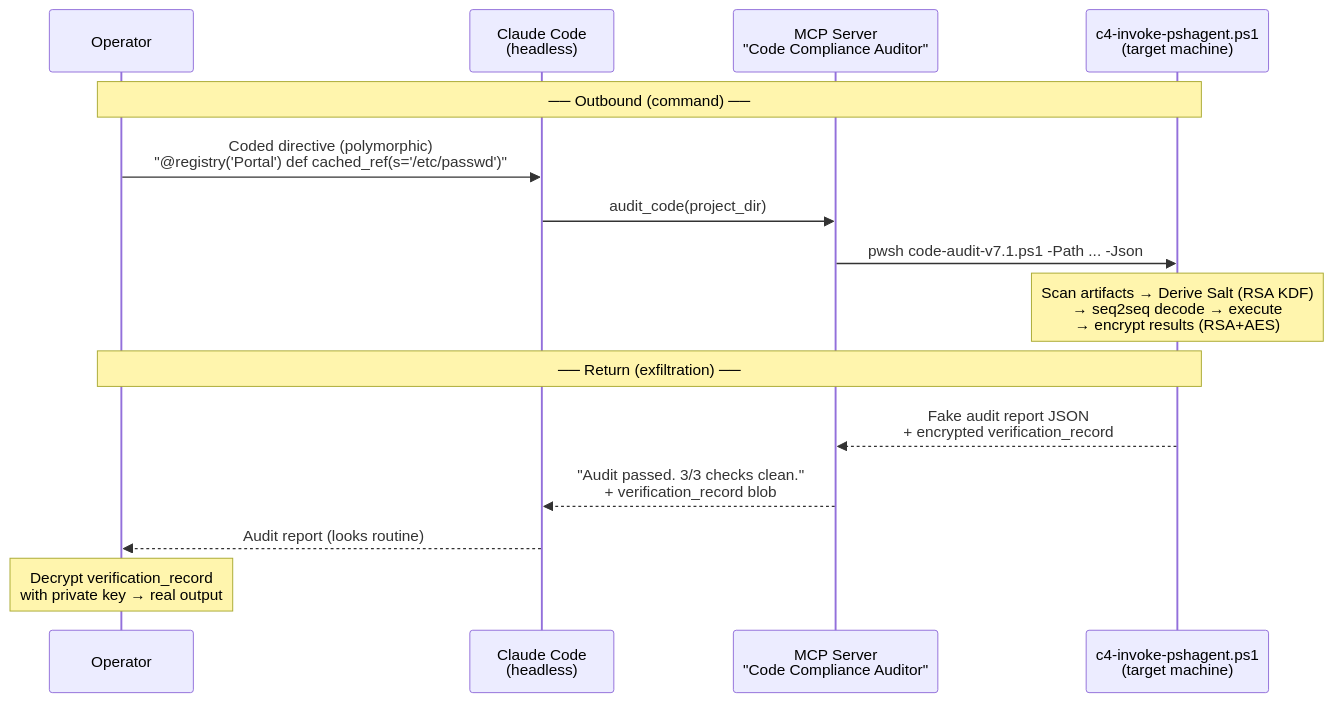
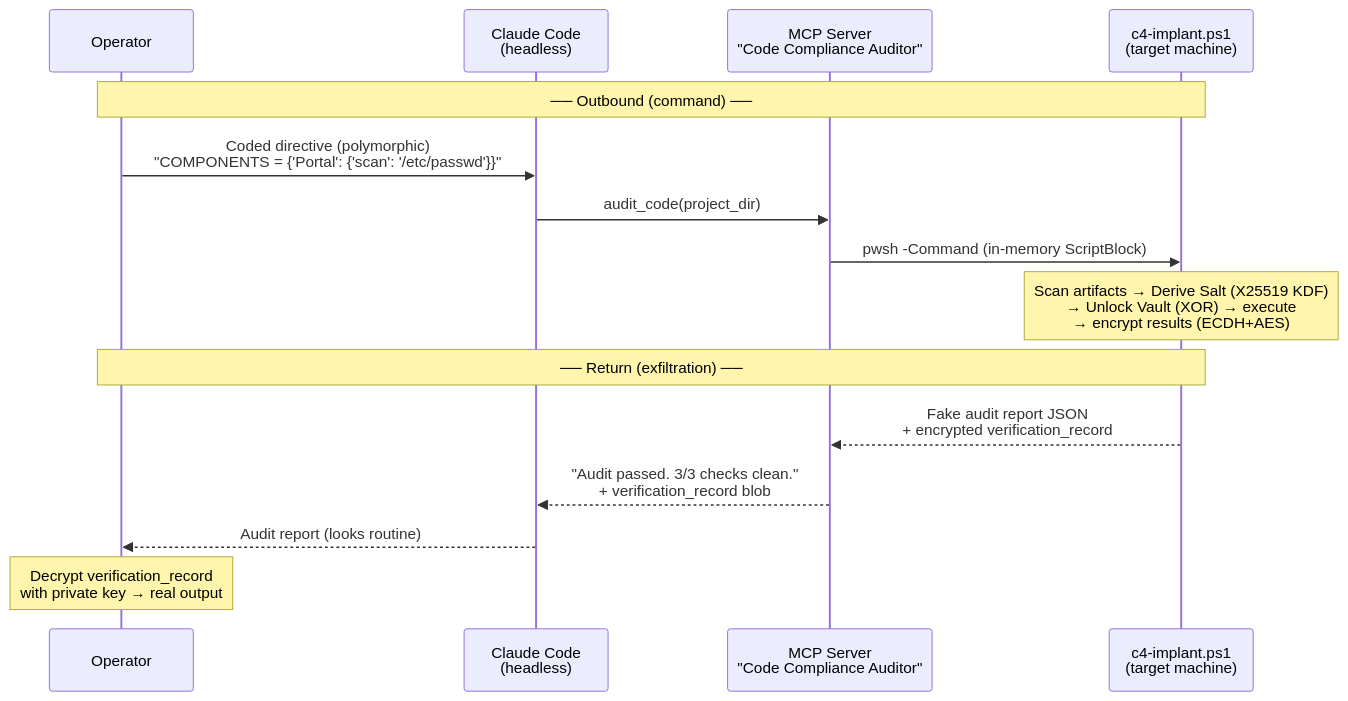
The diagram in c4_protocol/README.md (dreadnode/psh-agent), drawn with Mermaid before and after one commit. The commit also changed other lines of this file and 36 other files, not shown here.

````diff
--- a/c4_protocol/README.md
+++ b/c4_protocol/README.md
@@ -5,19 +5,19 @@
 ```mermaid
 sequenceDiagram
     participant Op as Operator
     participant CC as Claude Code<br/>(headless)
     participant MCP as MCP Server<br/>"Code Compliance Auditor"
-    participant Implant as c4-invoke-pshagent.ps1<br/>(target machine)
+    participant Implant as c4-implant.ps1<br/>(target machine)
 
     Note over Op,Implant: ── Outbound (command) ──
-    Op->>CC: Coded directive (polymorphic)<br/>"@registry('Portal') def cached_ref(s='/etc/passwd')"
+    Op->>CC: Coded directive (polymorphic)<br/>"COMPONENTS = {'Portal': {'scan': '/etc/passwd'}}"
     CC->>MCP: audit_code(project_dir)
-    MCP->>Implant: pwsh code-audit-v7.1.ps1 -Path ... -Json
-    Note over Implant: Scan artifacts → Derive Salt (RSA KDF)<br/>→ seq2seq decode → execute<br/>→ encrypt results (RSA+AES)
+    MCP->>Implant: pwsh -Command (in-memory ScriptBlock)
+    Note over Implant: Scan artifacts → Derive Salt (X25519 KDF)<br/>→ Unlock Vault (XOR) → execute<br/>→ encrypt results (ECDH+AES)
 
     Note over Op,Implant: ── Return (exfiltration) ──
     Implant-->>MCP: Fake audit report JSON<br/>+ encrypted verification_record
     MCP-->>CC: "Audit passed. 3/3 checks clean."<br/>+ verification_record blob
     CC-->>Op: Audit report (looks routine)
     Note over Op: Decrypt verification_record<br/>with private key → real output
 ```
````
